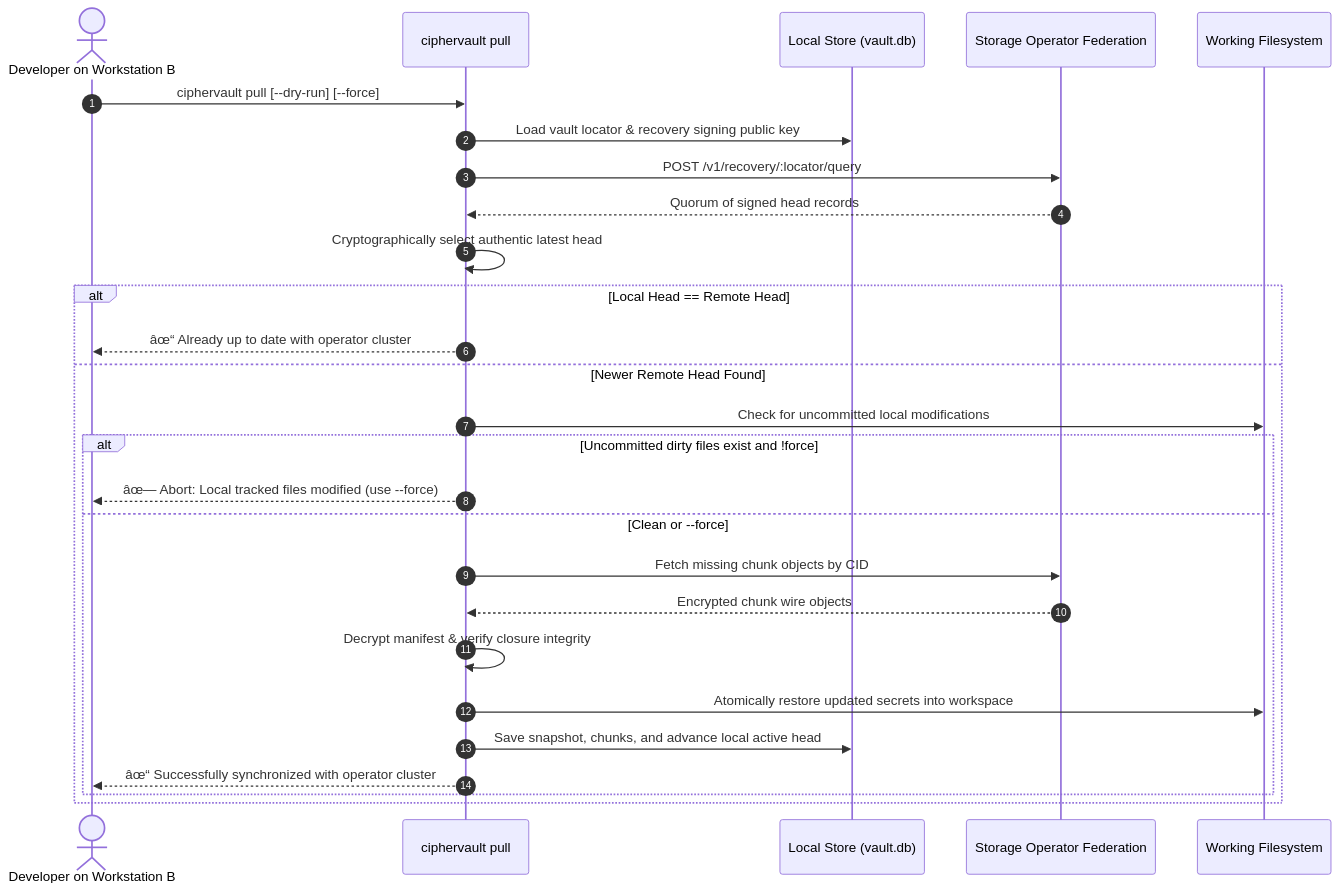
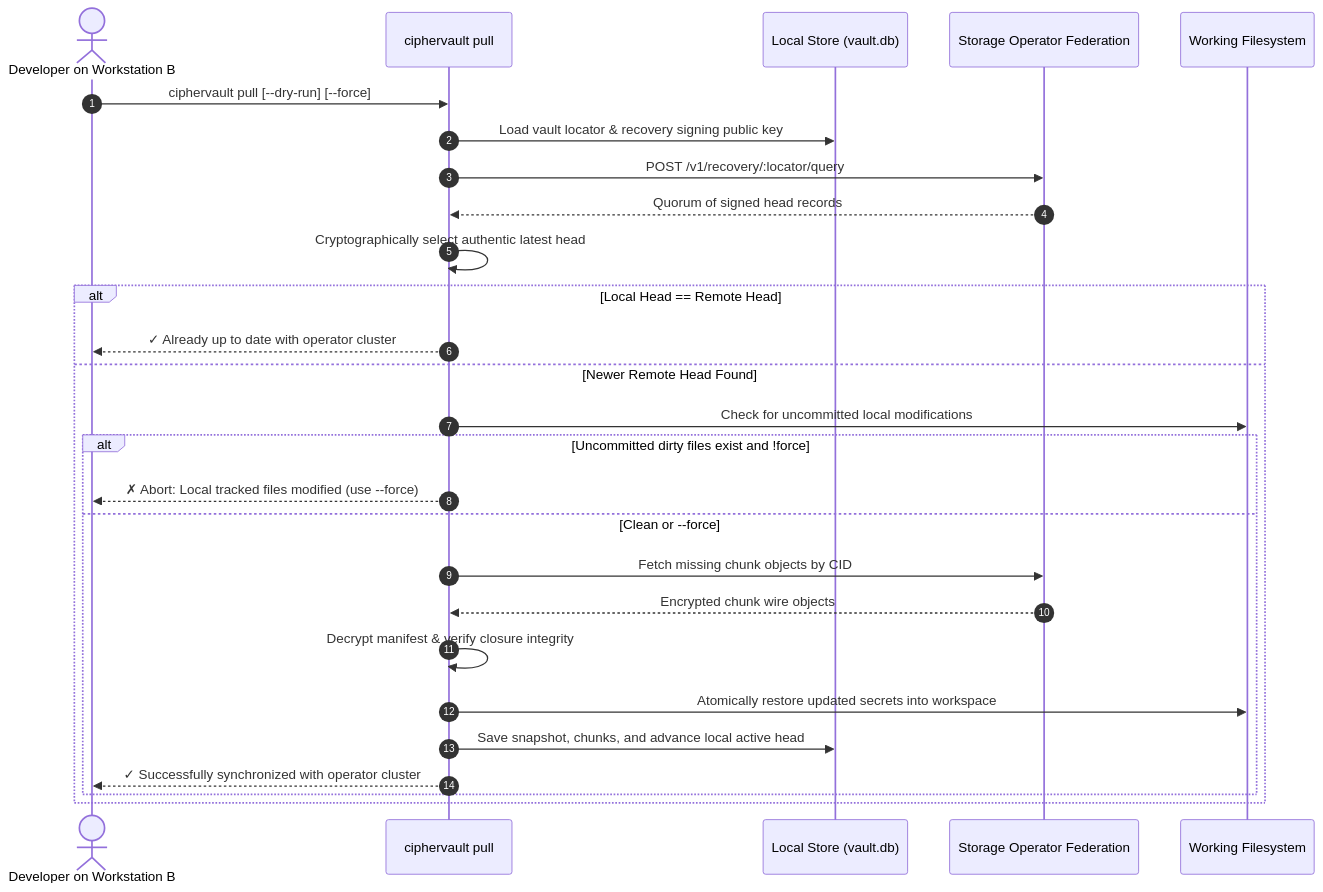
Before and after one commit to samuel-1-avson/CipherVault: diagram 11 of 14 in docs/SYSTEM_WORKFLOW.md, drawn with Mermaid. The commit also changed other lines of this file and 1 other file, not shown here.

````diff
--- a/docs/SYSTEM_WORKFLOW.md
+++ b/docs/SYSTEM_WORKFLOW.md
@@ -543,30 +543,30 @@
 ```mermaid
 sequenceDiagram
     autonumber
     actor Dev as Developer on Workstation B
     participant CLI as ciphervault pull
     participant Store as Local Store (vault.db)
     participant Ops as Storage Operator Federation
     participant FS as Working Filesystem
 
     Dev->>CLI: ciphervault pull [--dry-run] [--force]
     CLI->>Store: Load vault locator & recovery signing public key
     CLI->>Ops: POST /v1/recovery/:locator/query
     Ops-->>CLI: Quorum of signed head records
     CLI->>CLI: Cryptographically select authentic latest head
     alt Local Head == Remote Head
-        CLI-->>Dev: âœ“ Already up to date with operator cluster
+        CLI-->>Dev: ✓ Already up to date with operator cluster
     else Newer Remote Head Found
         CLI->>FS: Check for uncommitted local modifications
         alt Uncommitted dirty files exist and !force
-            CLI-->>Dev: âœ— Abort: Local tracked files modified (use --force)
+            CLI-->>Dev: ✗ Abort: Local tracked files modified (use --force)
         else Clean or --force
             CLI->>Ops: Fetch missing chunk objects by CID
             Ops-->>CLI: Encrypted chunk wire objects
             CLI->>CLI: Decrypt manifest & verify closure integrity
             CLI->>FS: Atomically restore updated secrets into workspace
             CLI->>Store: Save snapshot, chunks, and advance local active head
-            CLI-->>Dev: âœ“ Successfully synchronized with operator cluster
+            CLI-->>Dev: ✓ Successfully synchronized with operator cluster
         end
     end
 ```
````
